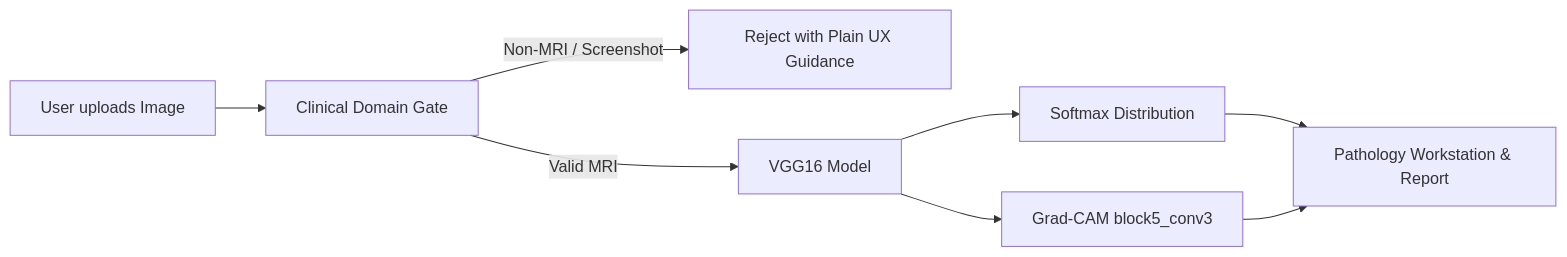
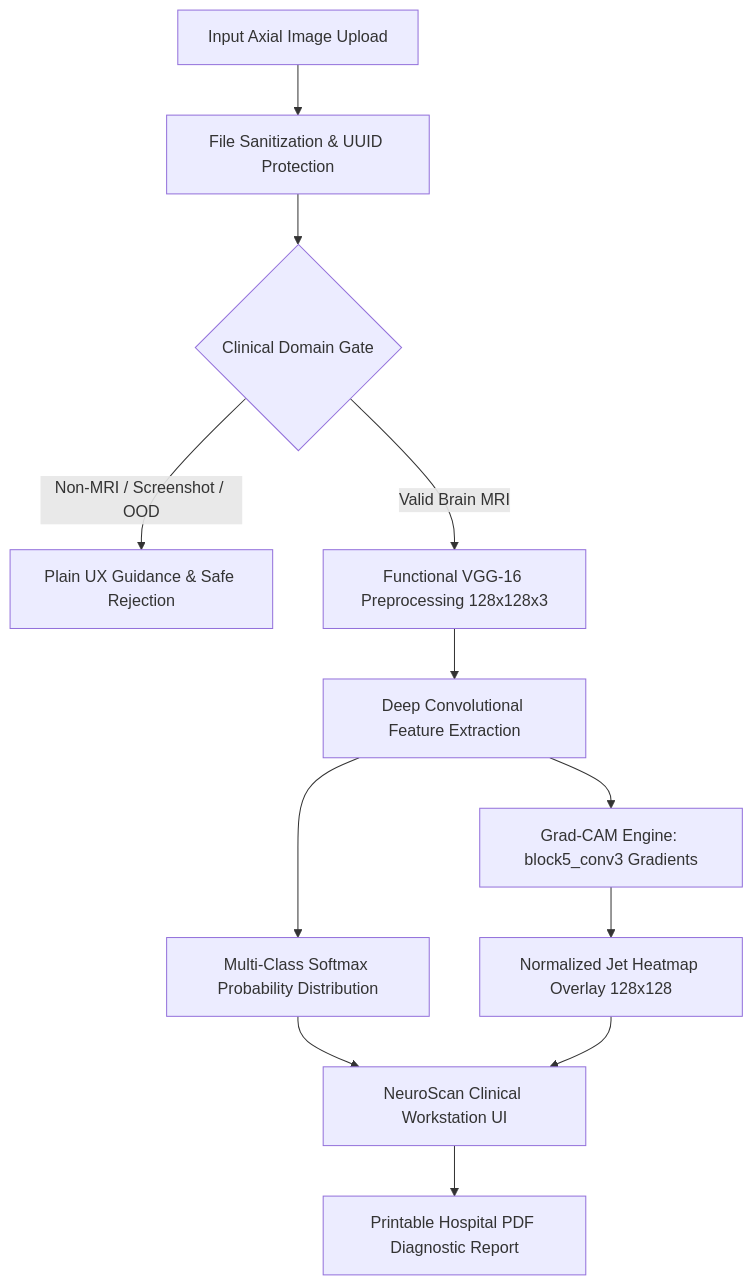
The diagram in README.md (Sidd-commits/MRI-Brain-Tumor-Detection-System), drawn with Mermaid before and after one commit. The commit also changed other lines of this file and 5 other files, not shown here.

````diff
--- a/README.md
+++ b/README.md
@@ -201,10 +34,19 @@
 ```mermaid
-flowchart LR
-    A[User uploads Image] --> B[Clinical Domain Gate]
-    B -- Non-MRI / Screenshot --> C[Reject with Plain UX Guidance]
-    B -- Valid MRI --> D[VGG16 Model]
-    D --> E[Softmax Distribution]
-    D --> F[Grad-CAM block5_conv3]
-    E --> G[Pathology Workstation & Report]
-    F --> G
+flowchart TD
+    A[Input Axial Image Upload] --> B[File Sanitization & UUID Protection]
+    B --> C{Clinical Domain Gate}
+    
+    C -- Non-MRI / Screenshot / OOD --> D[Plain UX Guidance & Safe Rejection]
+    C -- Valid Brain MRI --> E[Functional VGG-16 Preprocessing 128x128x3]
+    
+    E --> F[Deep Convolutional Feature Extraction]
+    F --> G[Multi-Class Softmax Probability Distribution]
+    
+    F --> H[Grad-CAM Engine: block5_conv3 Gradients]
+    H --> I[Normalized Jet Heatmap Overlay 128x128]
+    
+    G --> J[NeuroScan Clinical Workstation UI]
+    I --> J
+    
+    J --> K[Printable Hospital PDF Diagnostic Report]
 ```
````
